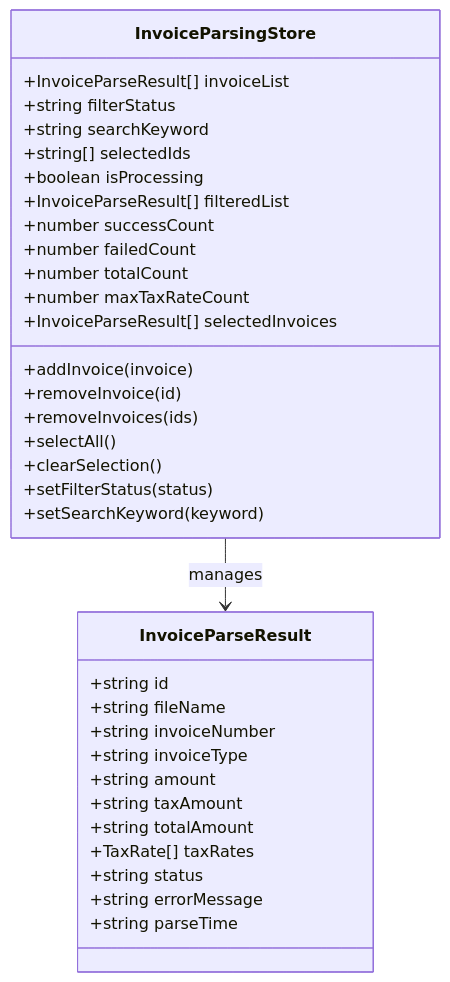
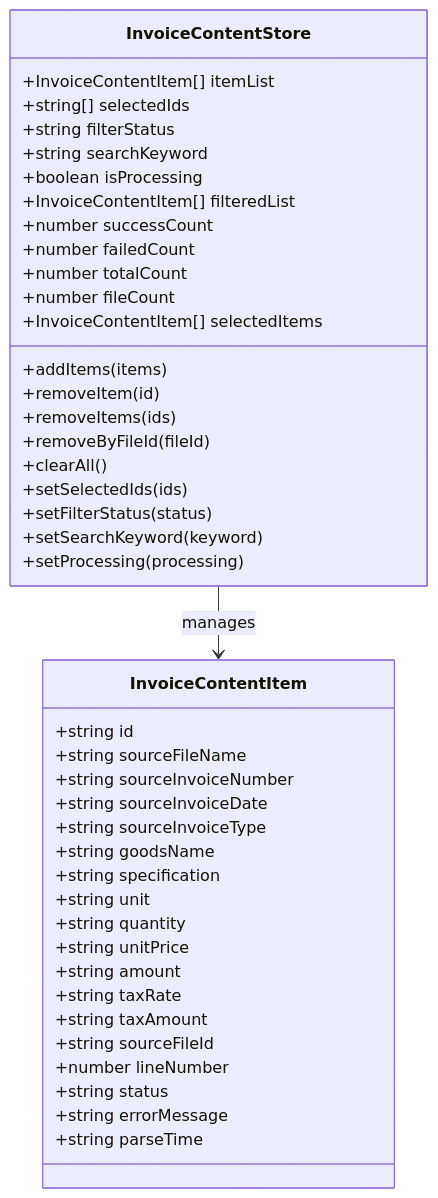
One commit to dunhuixiao/FinanceTools changed the sixth of 8 diagrams in .qoder/repowiki/zh/content/发票解析功能/发票解析功能.md. Above: the diagram before and after it, drawn with Mermaid. The commit also changed other lines of this file and 20 other files, not shown here.

````diff
--- a/.qoder/repowiki/zh/content/发票解析功能/发票解析功能.md
+++ b/.qoder/repowiki/zh/content/发票解析功能/发票解析功能.md
@@ -246,37 +316,46 @@
 ```mermaid
 classDiagram
-class InvoiceParsingStore {
-+InvoiceParseResult[] invoiceList
+class InvoiceContentStore {
++InvoiceContentItem[] itemList
++string[] selectedIds
 +string filterStatus
 +string searchKeyword
-+string[] selectedIds
 +boolean isProcessing
-+InvoiceParseResult[] filteredList
++InvoiceContentItem[] filteredList
 +number successCount
 +number failedCount
 +number totalCount
-+number maxTaxRateCount
-+InvoiceParseResult[] selectedInvoices
-+addInvoice(invoice)
-+removeInvoice(id)
-+removeInvoices(ids)
-+selectAll()
-+clearSelection()
++number fileCount
++InvoiceContentItem[] selectedItems
++addItems(items)
++removeItem(id)
++removeItems(ids)
++removeByFileId(fileId)
++clearAll()
++setSelectedIds(ids)
 +setFilterStatus(status)
 +setSearchKeyword(keyword)
++setProcessing(processing)
 }
-class InvoiceParseResult {
+class InvoiceContentItem {
 +string id
-+string fileName
-+string invoiceNumber
-+string invoiceType
++string sourceFileName
++string sourceInvoiceNumber
++string sourceInvoiceDate
++string sourceInvoiceType
++string goodsName
++string specification
++string unit
++string quantity
++string unitPrice
 +string amount
++string taxRate
 +string taxAmount
-+string totalAmount
-+TaxRate[] taxRates
++string sourceFileId
++number lineNumber
 +string status
 +string errorMessage
 +string parseTime
 }
-InvoiceParsingStore --> InvoiceParseResult : manages
+InvoiceContentStore --> InvoiceContentItem : manages
 ```
````
